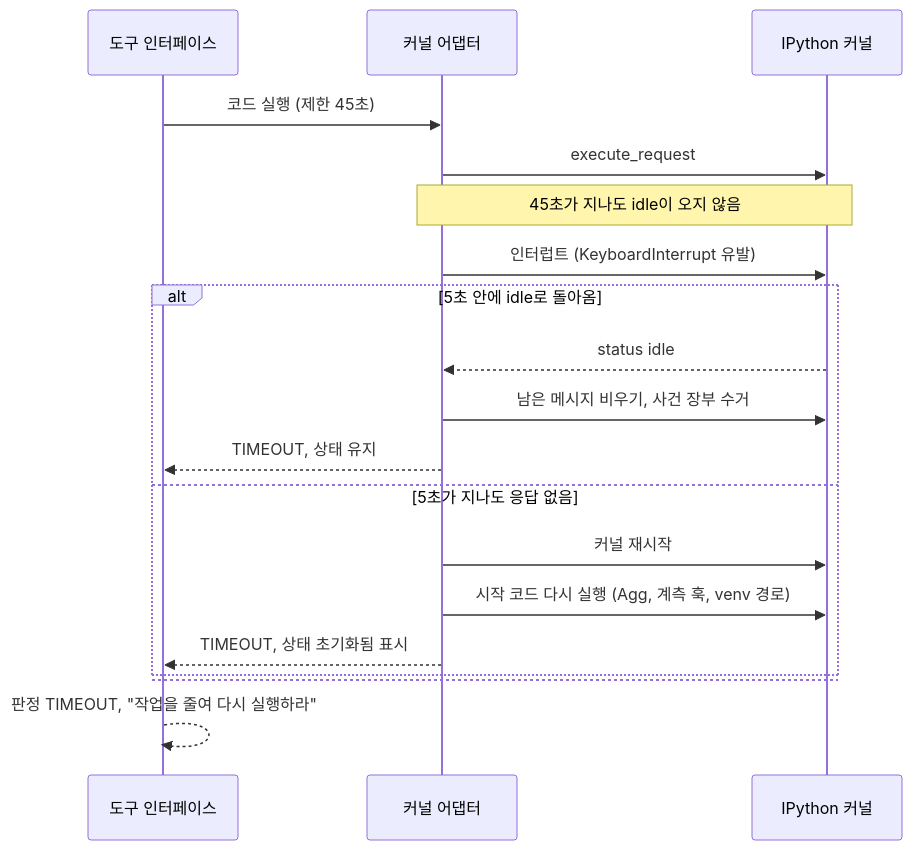
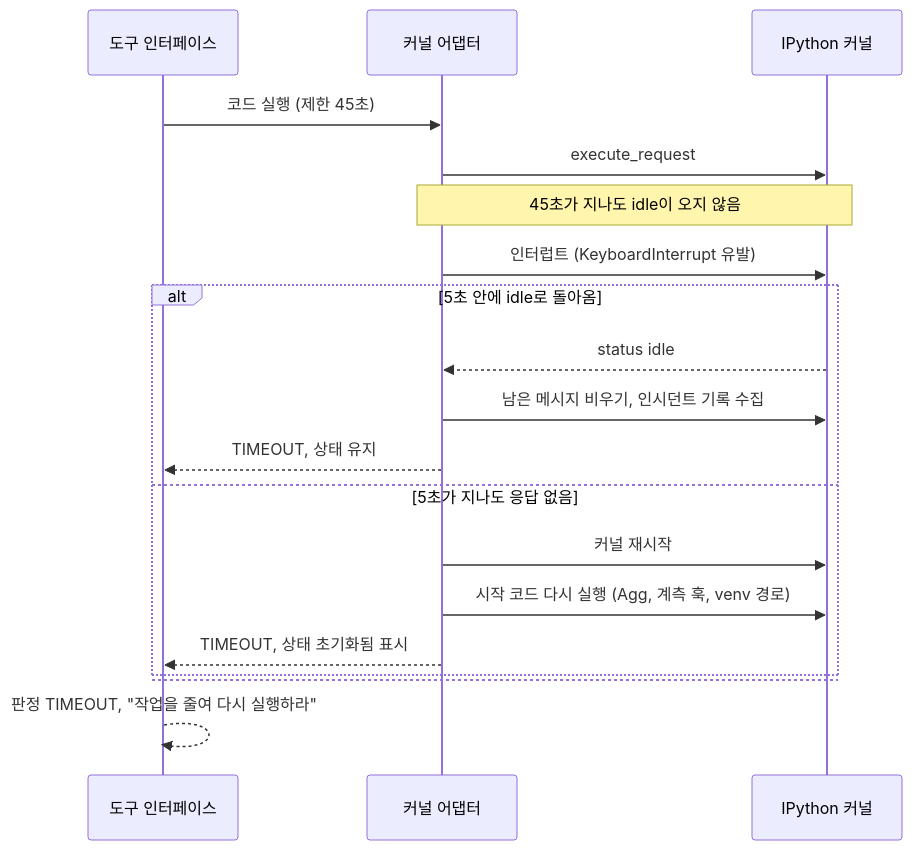
The sixth of 11 diagrams in lectures/03-architecture/02-dynamic-view.md (HaJaehee/AirGappedPySandbox), drawn with Mermaid before and after one commit. The commit also changed other lines of this file and 25 other files, not shown here.

First line of the commit message:
DOCS: 교육자료(lectures) 및 다이어그램 한국어 표현 전수 조사 및 표준 기술 용어 정제

````diff
--- a/lectures/03-architecture/02-dynamic-view.md
+++ b/lectures/03-architecture/02-dynamic-view.md
@@ -200,22 +200,22 @@
 ```mermaid
 sequenceDiagram
     participant T as 도구 인터페이스
     participant K as 커널 어댑터
     participant J as IPython 커널
 
     T->>K: 코드 실행 (제한 45초)
     K->>J: execute_request
     Note over K,J: 45초가 지나도 idle이 오지 않음
     K->>J: 인터럽트 (KeyboardInterrupt 유발)
     alt 5초 안에 idle로 돌아옴
         J-->>K: status idle
-        K->>J: 남은 메시지 비우기, 사건 장부 수거
+        K->>J: 남은 메시지 비우기, 인시던트 기록 수집
         K-->>T: TIMEOUT, 상태 유지
     else 5초가 지나도 응답 없음
         K->>J: 커널 재시작
         K->>J: 시작 코드 다시 실행 (Agg, 계측 훅, venv 경로)
         K-->>T: TIMEOUT, 상태 초기화됨 표시
     else
     end
     T-->>T: 판정 TIMEOUT, "작업을 줄여 다시 실행하라"
 ```
````
